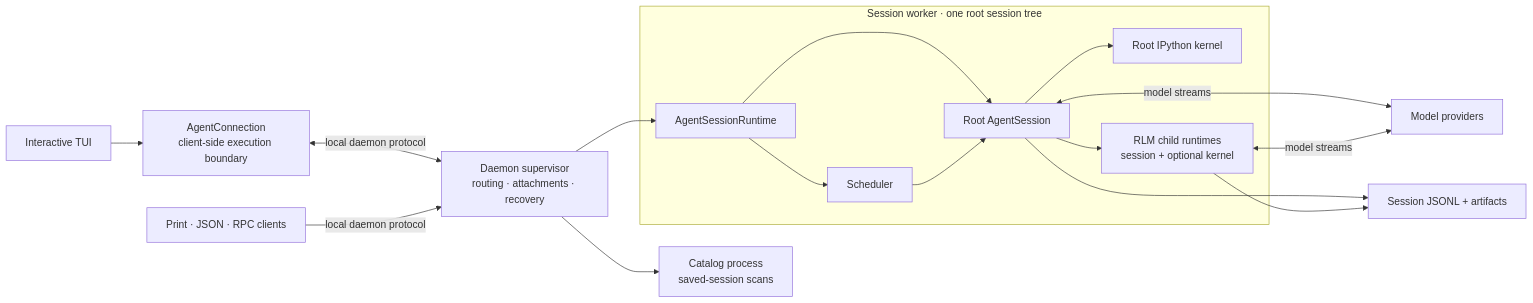
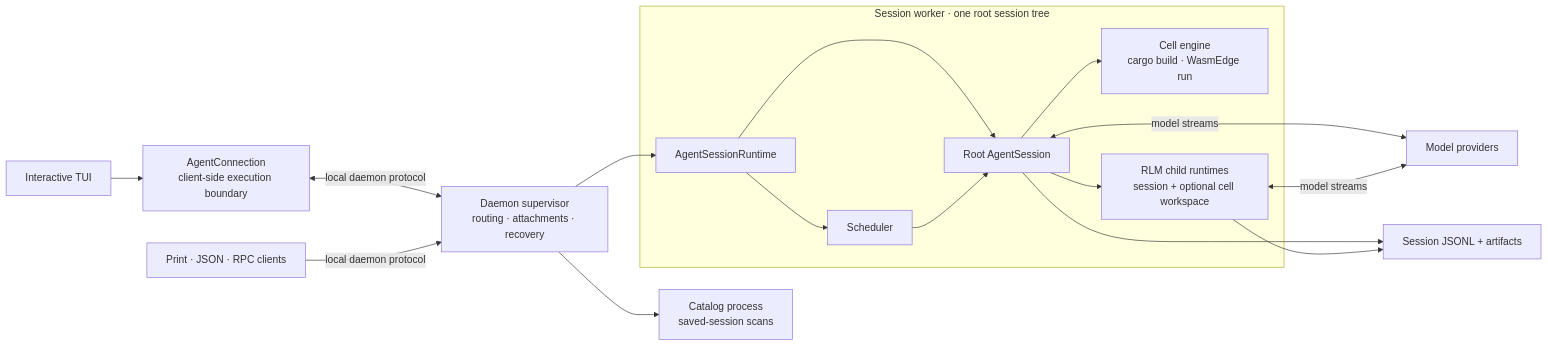
Before and after one commit to second-state/wasmedge-agent: the first of 2 diagrams in packages/coding-agent/docs/architecture.md, drawn with Mermaid. The commit also changed other lines of this file and 16 other files, not shown here.

````diff
--- a/packages/coding-agent/docs/architecture.md
+++ b/packages/coding-agent/docs/architecture.md
@@ -7,35 +7,35 @@
 ```mermaid
 flowchart LR
     interactive["Interactive TUI"]
     headless["Print · JSON · RPC clients"]
     connection["AgentConnection<br/>client-side execution boundary"]
     supervisor["Daemon supervisor<br/>routing · attachments · recovery"]
     catalog["Catalog process<br/>saved-session scans"]
 
     subgraph worker["Session worker · one root session tree"]
         runtime["AgentSessionRuntime"]
         root["Root AgentSession"]
         scheduler["Scheduler"]
-        kernel["Root IPython kernel"]
-        children["RLM child runtimes<br/>session + optional kernel"]
+        cells["Cell engine<br/>cargo build · WasmEdge run"]
+        children["RLM child runtimes<br/>session + optional cell workspace"]
 
         runtime --> root
         runtime --> scheduler
-        root --> kernel
+        root --> cells
         root --> children
         scheduler --> root
     end
 
     providers["Model providers"]
     storage["Session JSONL + artifacts"]
 
     interactive --> connection
     connection <-->|"local daemon protocol"| supervisor
     headless -->|"local daemon protocol"| supervisor
     supervisor --> catalog
     supervisor --> runtime
     root <-->|"model streams"| providers
     children <-->|"model streams"| providers
     root --> storage
     children --> storage
 ```
````
